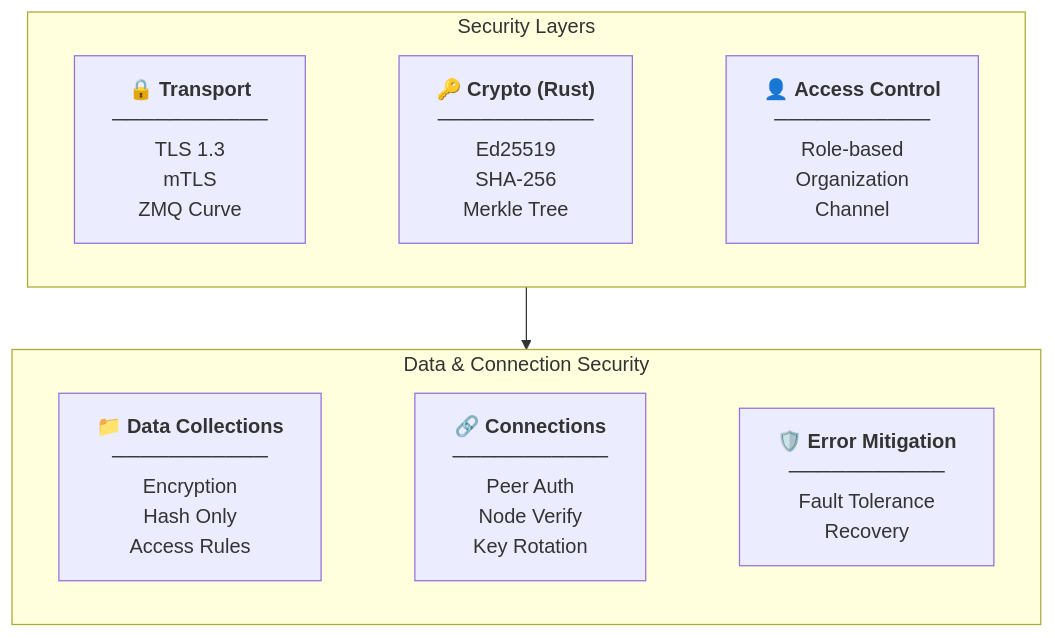
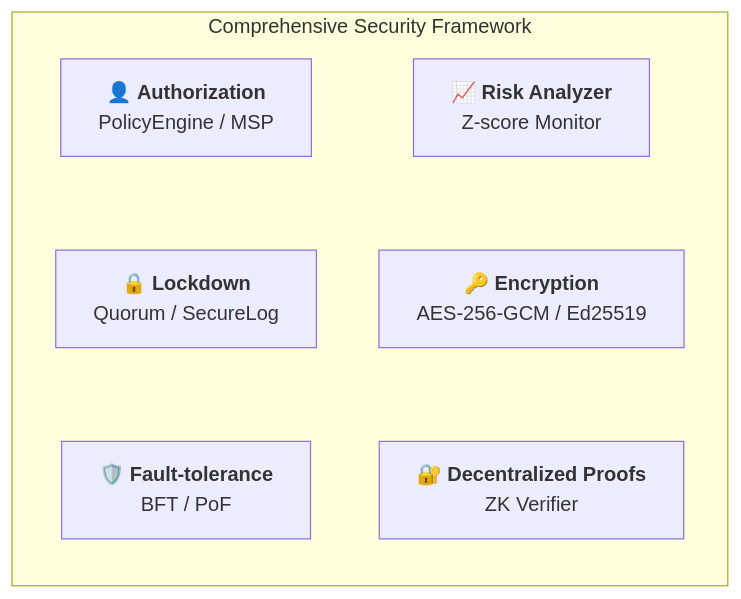
One commit to VanDung-dev/HieraChain changed the eighth of 11 diagrams in docs/ARCHITECTURE.md. Above: the diagram before and after it, drawn with Mermaid. The commit also changed other lines of this file and 2 other files, not shown here.

First line of the commit message:
docs: update architecture documentation to pure Python and standardize markdown

````diff
--- a/docs/ARCHITECTURE.md
+++ b/docs/ARCHITECTURE.md
@@ -410,18 +327,15 @@
 ```mermaid
 flowchart TB
-    subgraph Security["Security Layers"]
-        TS["🔒 <b>Transport</b><br/>───────────<br/>TLS 1.3<br/>mTLS<br/>ZMQ Curve"]
-        CR["🔑 <b>Crypto (Rust)</b><br/>───────────<br/>Ed25519<br/>SHA-256<br/>Merkle Tree"]
-        AC["👤 <b>Access Control</b><br/>───────────<br/>Role-based<br/>Organization<br/>Channel"]
-        TS ~~~ CR ~~~ AC
+    subgraph ALFRED["Comprehensive Security Framework"]
+        direction TB
+        A["👤 <b>Authorization</b><br/>PolicyEngine / MSP"]
+        L["🔒 <b>Lockdown</b><br/>Quorum / SecureLog"]
+        F["🛡️ <b>Fault-tolerance</b><br/>BFT / PoF"]
+        R["📈 <b>Risk Analyzer</b><br/>Z-score Monitor"]
+        E["🔑 <b>Encryption</b><br/>AES-256-GCM / Ed25519"]
+        D["🔐 <b>Decentralized Proofs</b><br/>ZK Verifier"]
+        
+        A ~~~ L ~~~ F
+        R ~~~ E ~~~ D
     end
-
-    subgraph DataSecurity["Data & Connection Security"]
-        PD["📁 <b>Data Collections</b><br/>───────────<br/>Encryption<br/>Hash Only<br/>Access Rules"]
-        SC["🔗 <b>Connections</b><br/>───────────<br/>Peer Auth<br/>Node Verify<br/>Key Rotation"]
-        EM["🛡️ <b>Error Mitigation</b><br/>───────────<br/>Fault Tolerance<br/>Recovery"]
-        PD ~~~ SC ~~~ EM
-    end
-
-    Security --> DataSecurity
 ```
````
